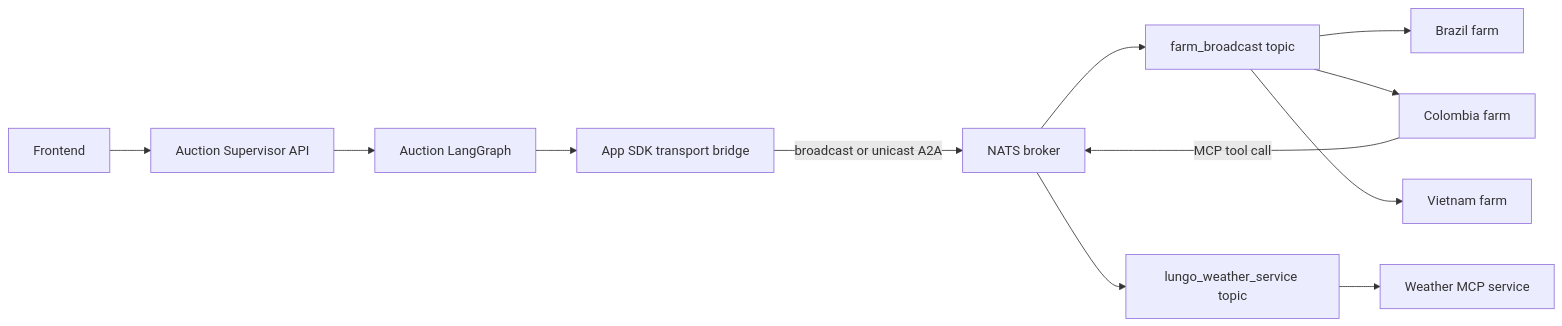
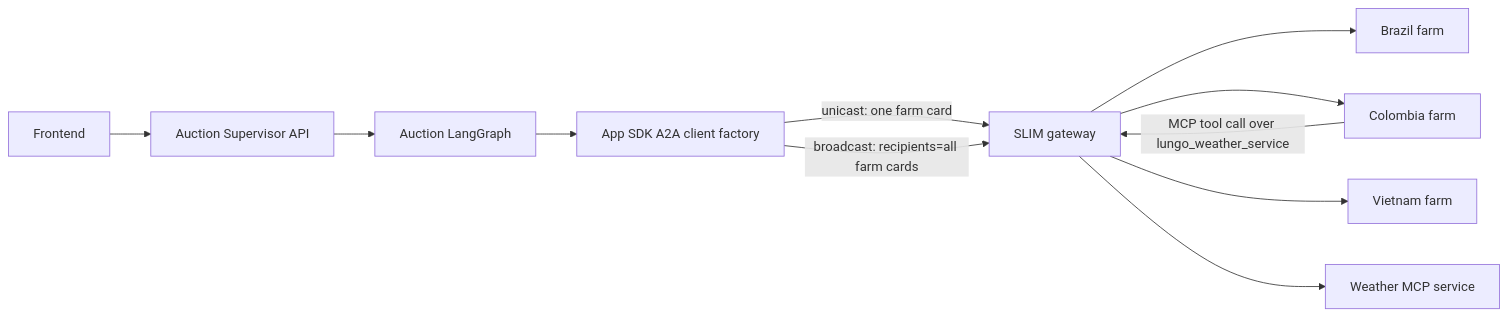
Before and after one commit to agntcy/coffeeAgntcy: the first of 3 diagrams in coffeeAGNTCY/coffee_agents/lungo/README.md, drawn with Mermaid. The commit also changed other lines of this file and 1 other file, not shown here.

Commit message:
docs(corto,lungo,arch): actualize content

````diff
--- a/coffeeAGNTCY/coffee_agents/lungo/README.md
+++ b/coffeeAGNTCY/coffee_agents/lungo/README.md
@@ -56,26 +56,23 @@
 ```mermaid
 flowchart LR
     UI[Frontend]
     API[Auction Supervisor API]
     GRAPH[Auction LangGraph]
-    SDK[App SDK transport bridge]
-    NATS[NATS broker]
-    BCAST[farm_broadcast topic]
+    SDK[App SDK A2A client factory]
+    SLIM[SLIM gateway]
     BRAZIL[Brazil farm]
     COLOMBIA[Colombia farm]
     VIETNAM[Vietnam farm]
-    WXSVC[lungo_weather_service topic]
     WEATHER[Weather MCP service]
 
     UI --> API
     API --> GRAPH
     GRAPH --> SDK
-    SDK -->|broadcast or unicast A2A| NATS
-    NATS --> BCAST
-    BCAST --> BRAZIL
-    BCAST --> COLOMBIA
-    BCAST --> VIETNAM
-    COLOMBIA -->|MCP tool call| NATS
-    NATS --> WXSVC
-    WXSVC --> WEATHER
+    SDK -->|unicast: one farm card| SLIM
+    SDK -->|broadcast: recipients=all farm cards| SLIM
+    SLIM --> BRAZIL
+    SLIM --> COLOMBIA
+    SLIM --> VIETNAM
+    COLOMBIA -->|MCP tool call over lungo_weather_service| SLIM
+    SLIM --> WEATHER
 ```
````
